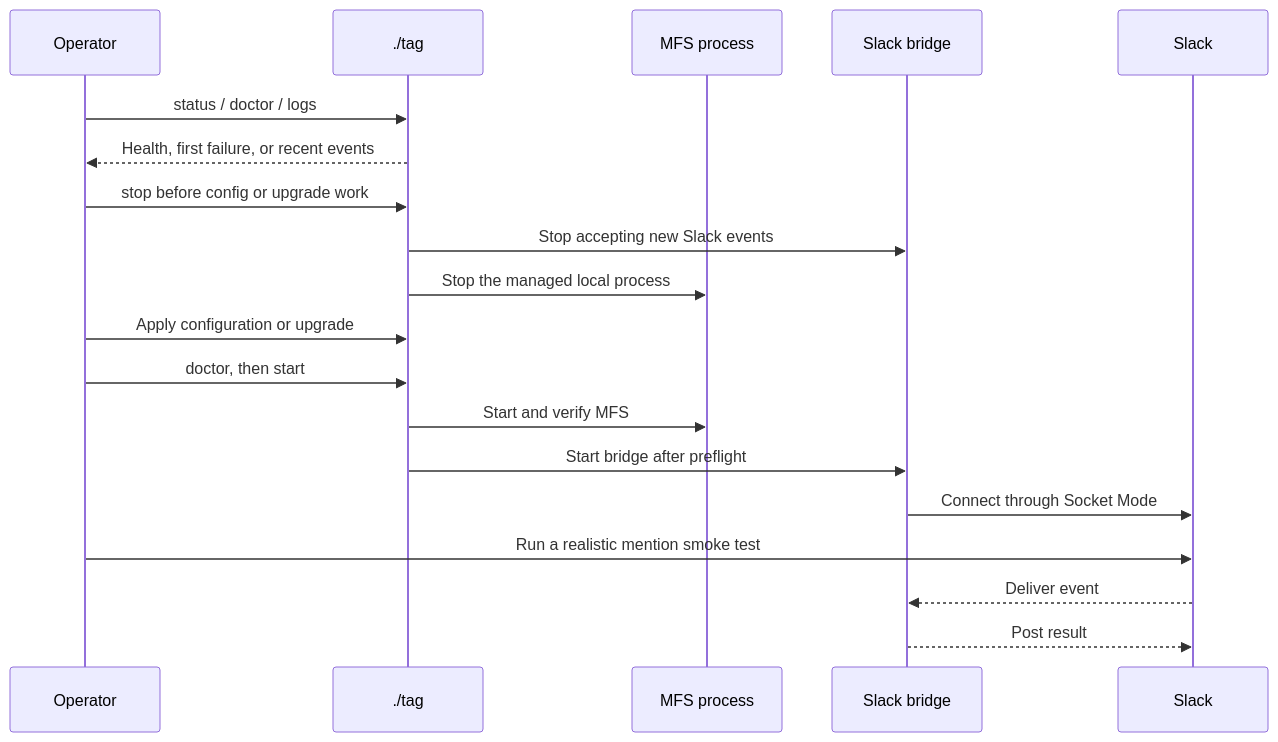
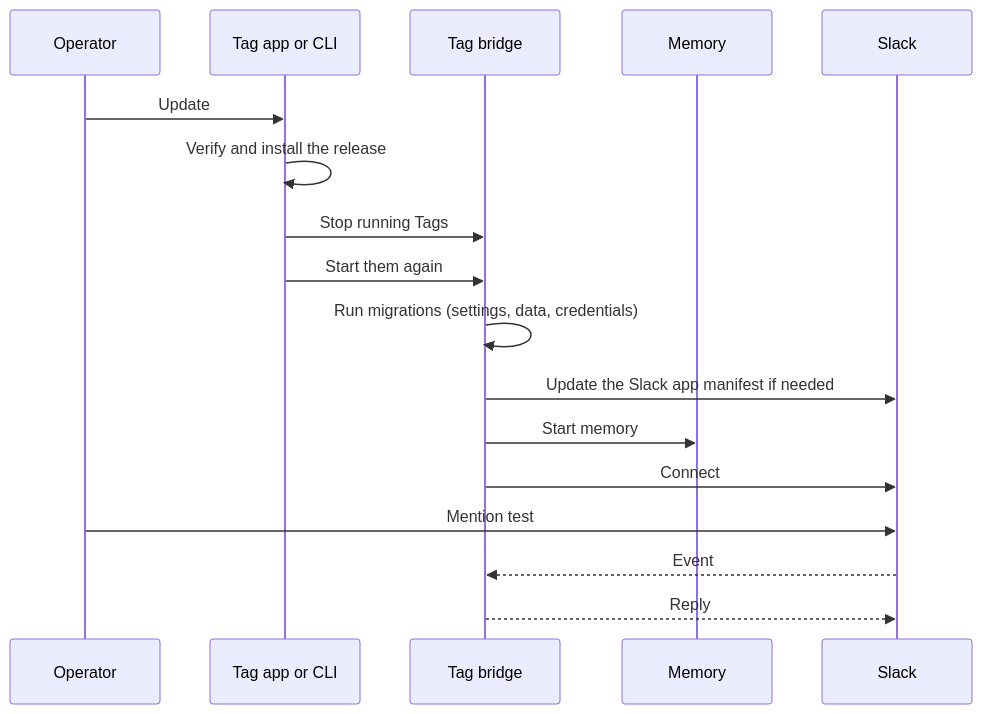
Diagram 16 of 16 in docs/user-flows.md (klovr-co/hover-tag), drawn with Mermaid before and after one commit. The commit also changed other lines of this file and 48 other files, not shown here.

````diff
--- a/docs/user-flows.md
+++ b/docs/user-flows.md
@@ -647,22 +583,20 @@
 ```mermaid
 sequenceDiagram
     participant O as Operator
-    participant T as ./tag
-    participant M as MFS process
-    participant B as Slack bridge
+    participant A as Tag app or CLI
+    participant B as Tag bridge
+    participant M as Memory
     participant S as Slack
 
-    O->>T: status / doctor / logs
-    T-->>O: Health, first failure, or recent events
-    O->>T: stop before config or upgrade work
-    T->>B: Stop accepting new Slack events
-    T->>M: Stop the managed local process
-    O->>T: Apply configuration or upgrade
-    O->>T: doctor, then start
-    T->>M: Start and verify MFS
-    T->>B: Start bridge after preflight
-    B->>S: Connect through Socket Mode
-    O->>S: Run a realistic mention smoke test
-    S-->>B: Deliver event
-    B-->>S: Post result
+    O->>A: Update
+    A->>A: Verify and install the release
+    A->>B: Stop running Tags
+    A->>B: Start them again
+    B->>B: Run migrations (settings, data, credentials)
+    B->>S: Update the Slack app manifest if needed
+    B->>M: Start memory
+    B->>S: Connect
+    O->>S: Mention test
+    S-->>B: Event
+    B-->>S: Reply
 ```
````
